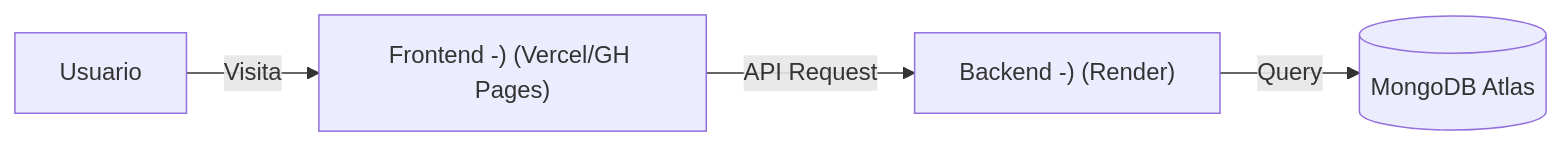
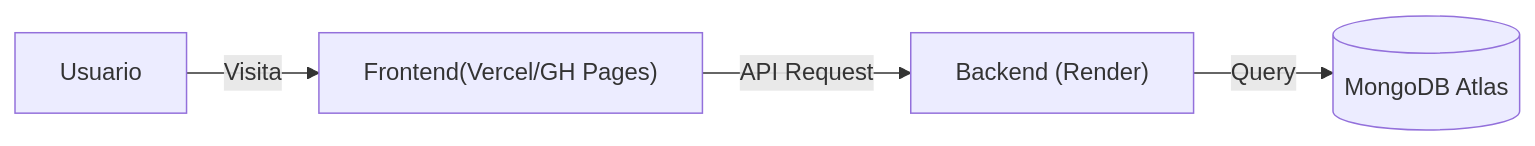
The diagram in DEPLOYMENT.md (lukitaz-r/pasapalabra), drawn with Mermaid before and after one commit.

Commit message:
[ EDIT ]  editando deployment.md

````diff
--- a/DEPLOYMENT.md
+++ b/DEPLOYMENT.md
@@ -101,6 +101,6 @@
 ```mermaid
 graph LR
-    User[Usuario] -->|Visita| Frontend["Frontend -) (Vercel/GH Pages)"]
-    Frontend -->|API Request| Backend["Backend -) (Render)"]
+    User[Usuario] -->|Visita| Frontend["Frontend(Vercel/GH Pages)"]
+    Frontend -->|API Request| Backend["Backend (Render)"]
     Backend -->|Query| DB[(MongoDB Atlas)]
 ```
````
